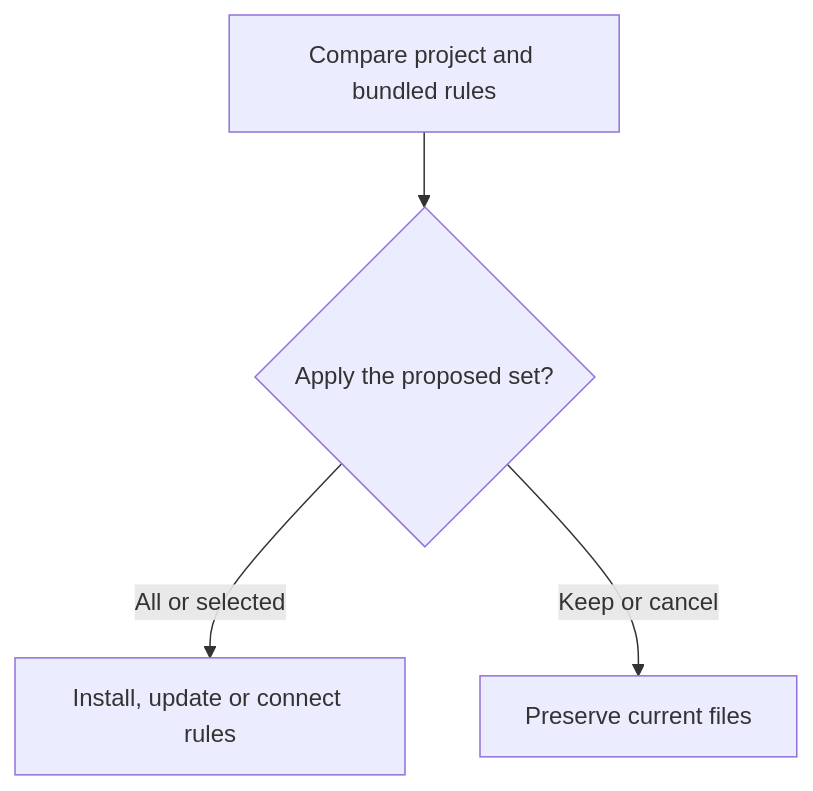
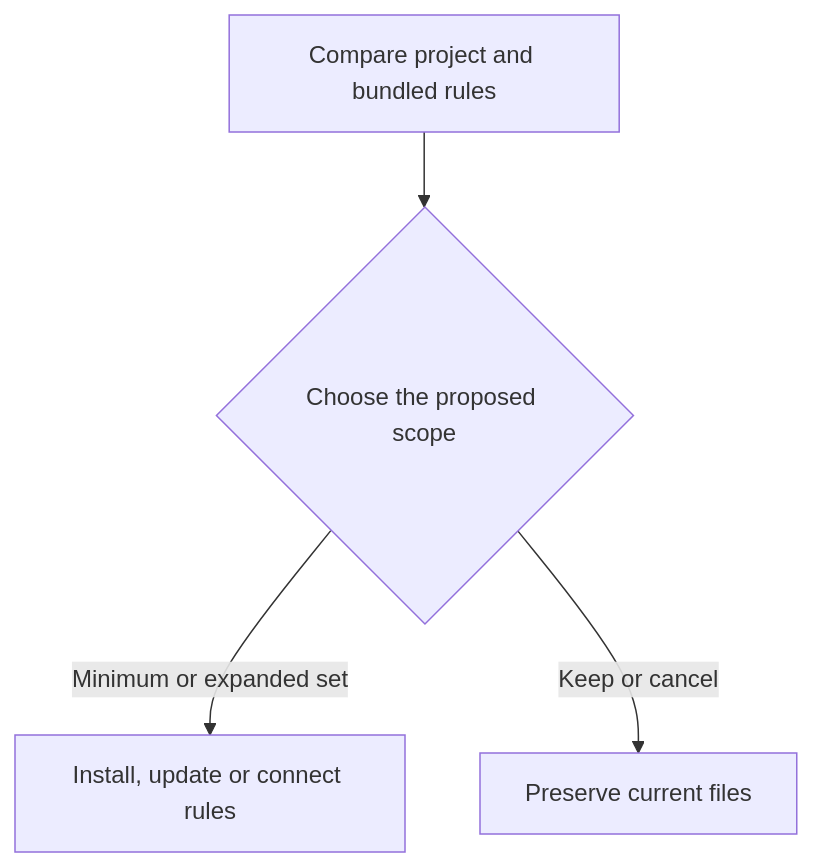
The diagram in docs/commands/adopt.md (myowinthein/agent-helm), drawn with Mermaid before and after one commit. The commit also changed other lines of this file and 2 other files, not shown here.

````diff
--- a/docs/commands/adopt.md
+++ b/docs/commands/adopt.md
@@ -17,6 +17,6 @@
 ```mermaid
 flowchart TD
-  Compare["Compare project and bundled rules"] --> Choose{"Apply the proposed set?"}
-  Choose -->|All or selected| Apply["Install, update or connect rules"]
+  Compare["Compare project and bundled rules"] --> Choose{"Choose the proposed scope"}
+  Choose -->|Minimum or expanded set| Apply["Install, update or connect rules"]
   Choose -->|Keep or cancel| Keep["Preserve current files"]
 ```
````
